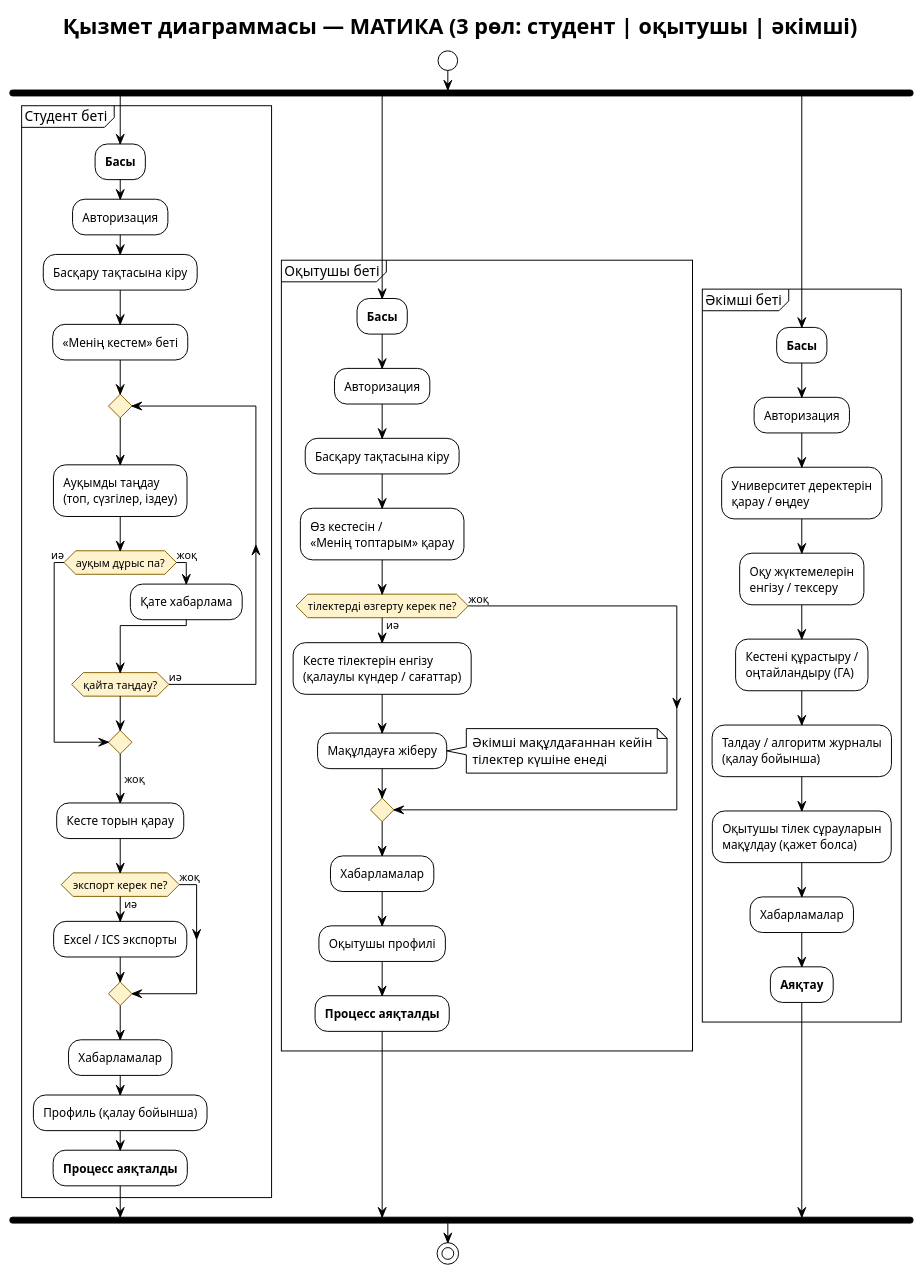
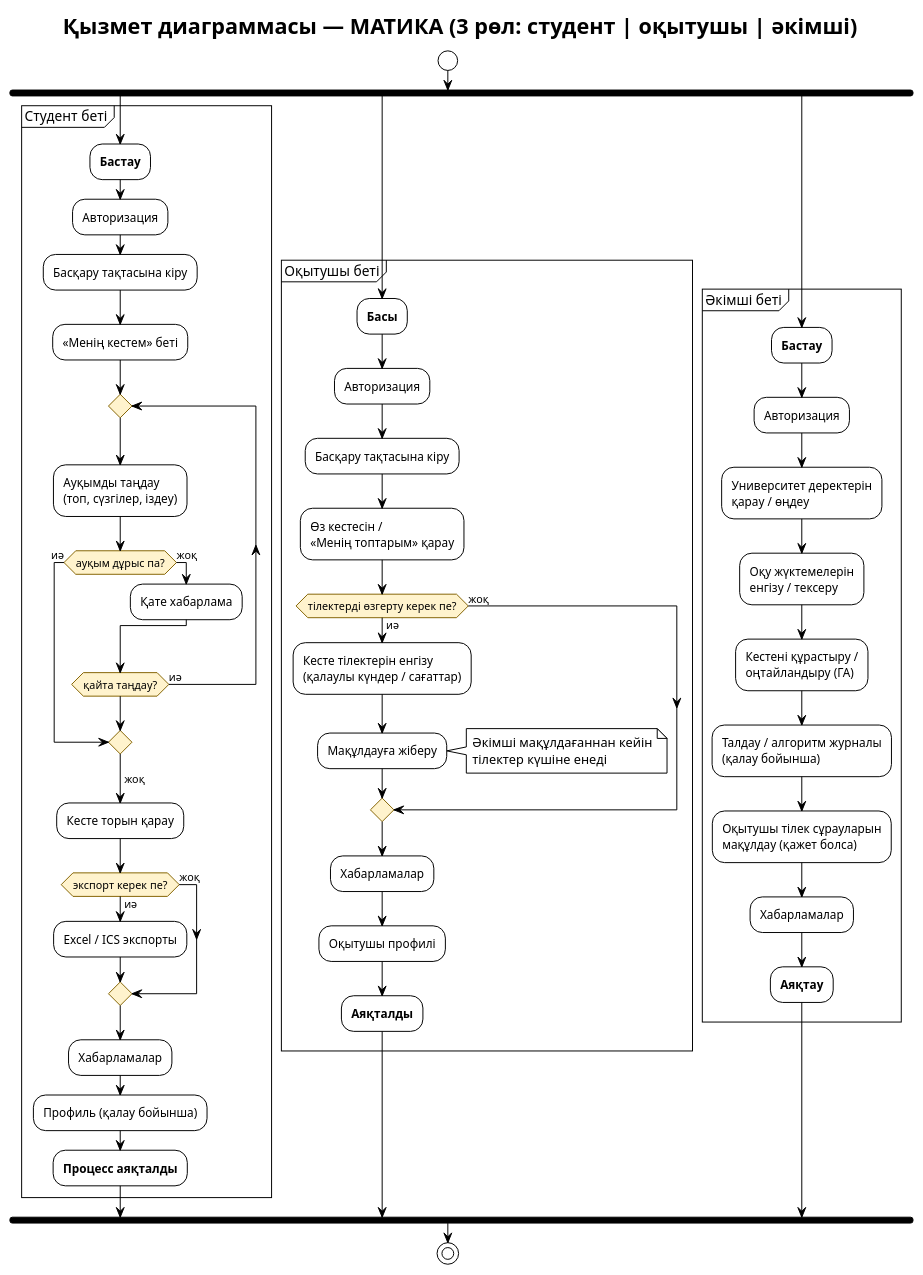
The diagram in docs/plantuml/05_activity_three_roles.puml (Remo000000/MATIKA_PROTOTYPE), drawn with PlantUML before and after one commit. The commit also changed 7 other files, not shown here.

First line of the commit message:
docs: обновление дипломной документации и PlantUML, диаграмма компонентов, удаление генератора docx

```diff
--- a/docs/plantuml/05_activity_three_roles.puml
+++ b/docs/plantuml/05_activity_three_roles.puml
@@ -1,74 +1,74 @@
 @startuml MATIKA_Activity_ThreeRoles
 !theme plain
 title Қызмет диаграммасы — МАТИКА (3 рөл: студент | оқытушы | әкімші)
 
 skinparam activityDiamond {
   BackgroundColor #FFF3CD
   BorderColor #856404
 }
 
 start
 
 fork
   partition "Студент беті" {
-    :**Басы**;
+    :**Бастау**;
     :Авторизация;
     :Басқару тақтасына кіру;
     :«Менің кестем» беті;
     repeat
       :Ауқымды таңдау\n(топ, сүзгілер, іздеу);
       if (ауқым дұрыс па?) then (иә)
         break
       else (жоқ)
         :Қате хабарлама;
       endif
     repeat while (қайта таңдау?) is (иә)
     ->жоқ;
     :Кесте торын қарау;
     if (экспорт керек пе?) then (иә)
       :Excel / ICS экспорты;
     else (жоқ)
     endif
     :Хабарламалар;
     :Профиль (қалау бойынша);
     :**Процесс аяқталды**;
   }
 
 fork again
   partition "Оқытушы беті" {
     :**Басы**;
     :Авторизация;
     :Басқару тақтасына кіру;
     :Өз кестесін /\n«Менің топтарым» қарау;
     if (тілектерді өзгерту керек пе?) then (иә)
       :Кесте тілектерін енгізу\n(қалаулы күндер / сағаттар);
       :Мақұлдауға жіберу;
       note right
         Әкімші мақұлдағаннан кейін
         тілектер күшіне енеді
       end note
     else (жоқ)
     endif
     :Хабарламалар;
     :Оқытушы профилі;
-    :**Процесс аяқталды**;
+    :**Аяқталды**;
   }
 
 fork again
   partition "Әкімші беті" {
-    :**Басы**;
+    :**Бастау**;
     :Авторизация;
     :Университет деректерін\nқарау / өңдеу;
     :Оқу жүктемелерін\nенгізу / тексеру;
     :Кестені құрастыру /\nоңтайландыру (ГА);
     :Талдау / алгоритм журналы\n(қалау бойынша);
     :Оқытушы тілек сұрауларын\nмақұлдау (қажет болса);
     :Хабарламалар;
     :**Аяқтау**;
   }
 
 end fork
 
 stop
 
 @enduml
```
